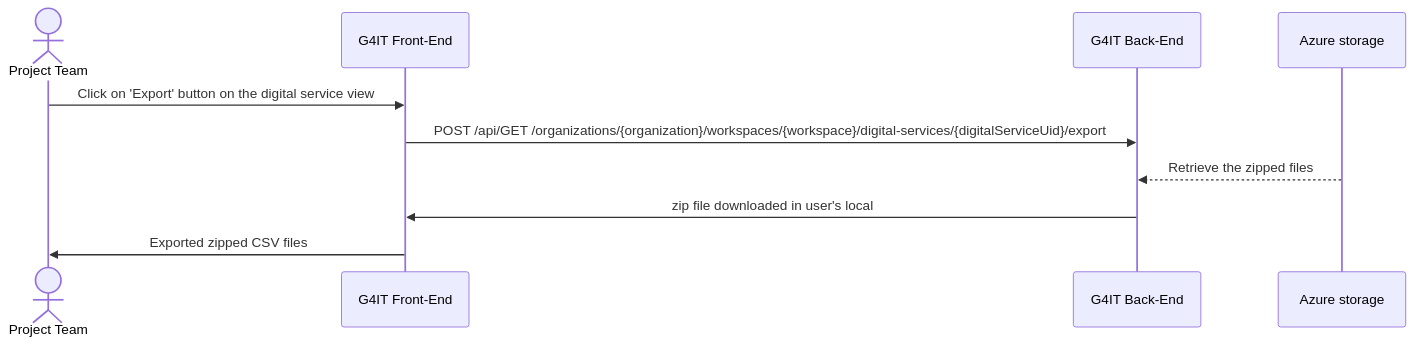
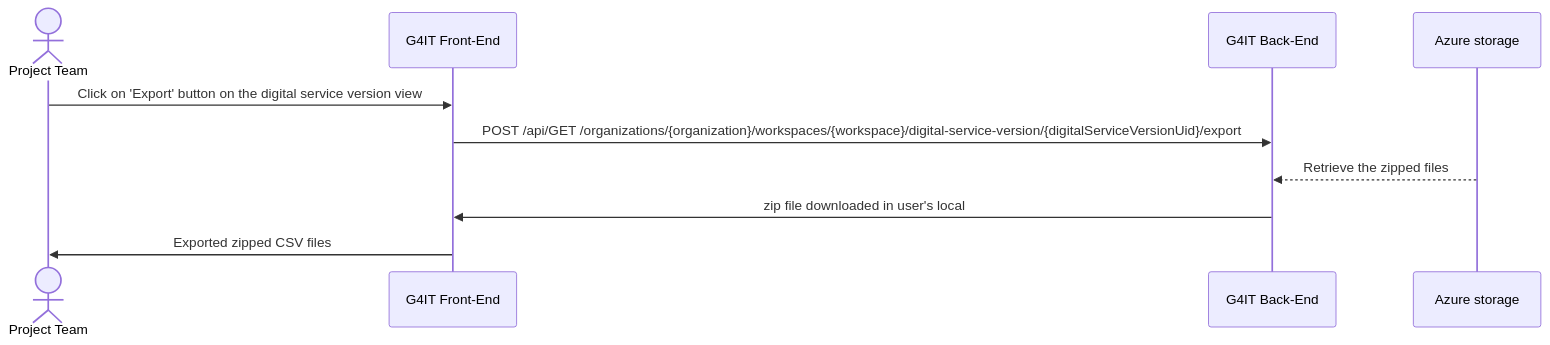
The second of 2 diagrams in services/documentation/content/2-functional-documentation/use_cases/uc_digital_services/uc6_export_digital_service.md (teamg4it/g4it), drawn with Mermaid before and after one commit. The commit also changed other lines of this file and 42 other files, not shown here.

```diff
--- a/services/documentation/content/2-functional-documentation/use_cases/uc_digital_services/uc6_export_digital_service.md
+++ b/services/documentation/content/2-functional-documentation/use_cases/uc_digital_services/uc6_export_digital_service.md
@@ -54,14 +54,14 @@
 {{< mermaid >}}
 sequenceDiagram
 actor RND as Project Team
 participant front as G4IT Front-End
 participant back as G4IT Back-End
 participant Azure storage
 
-    RND ->> front: Click on 'Export' button on the digital service view
-    front ->> back: POST /api/GET /organizations/{organization}/workspaces/{workspace}/digital-services/{digitalServiceUid}/export
+    RND ->> front: Click on 'Export' button on the digital service version view
+    front ->> back: POST /api/GET /organizations/{organization}/workspaces/{workspace}/digital-service-version/{digitalServiceVersionUid}/export
     Azure storage -->> back: Retrieve the zipped files
     back ->> front: zip file downloaded in user's local
     front ->> RND: Exported zipped CSV files
 
 {{</ mermaid >}}
```
